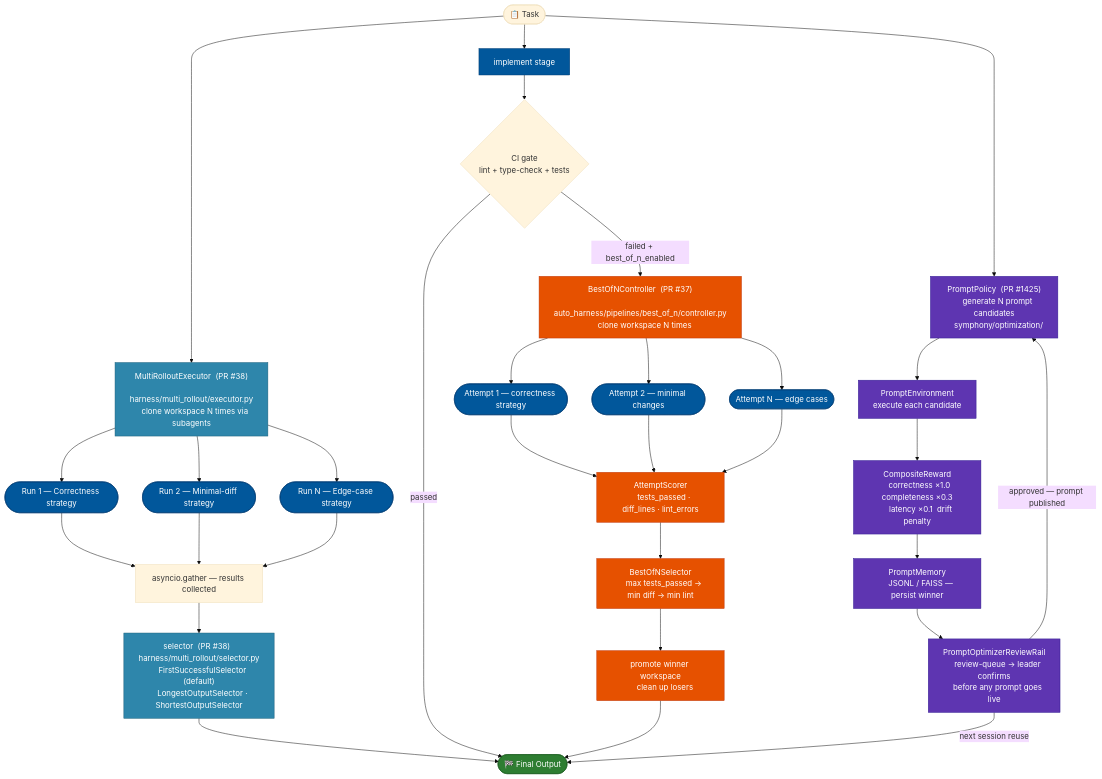
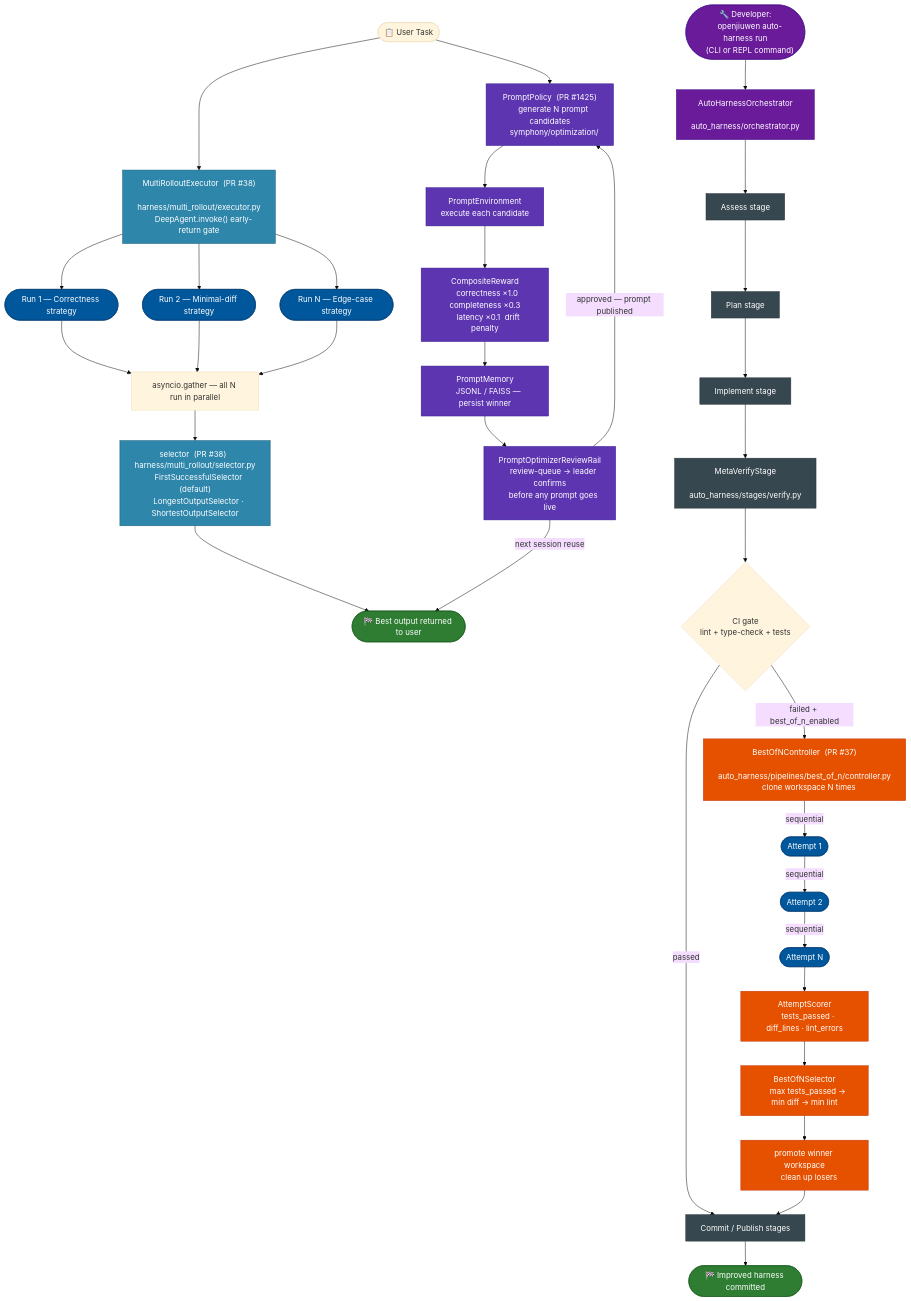
The second of 8 diagrams in docs-michael/Implementation.Overview.md (michaelatamuk/openjiuwen-jiuwenswarm), drawn with Mermaid (base theme) before and after one commit. The commit also changed other lines of this file, not shown here.

Commit message:
Working on JiuwenSwarm

````diff
--- a/docs-michael/Implementation.Overview.md
+++ b/docs-michael/Implementation.Overview.md
@@ -296,59 +296,80 @@
 ```mermaid
 flowchart TD
     classDef ac     fill:#2E86AB,color:#fff,stroke:#1a5f7a
+    classDef cli    fill:#6A1B9A,color:#fff,stroke:#4A148C
     classDef opt    fill:#5E35B1,color:#fff,stroke:#311B92
     classDef run    fill:#01579B,color:#fff,stroke:#003c74
     classDef done   fill:#2E7D32,color:#fff,stroke:#1B5E20
     classDef repair fill:#E65100,color:#fff,stroke:#BF360C
+    classDef stage  fill:#37474F,color:#fff,stroke:#263238
 
-    T(["📋 Task"])
+    %% ── #4 Multi-Rollout: triggered by a regular user task ──────────────
+    T(["📋 User Task"])
 
     T --> MR["MultiRolloutExecutor  (PR #38)
     harness/multi_rollout/executor.py
-    clone workspace N times via subagents"]:::ac
+    DeepAgent.invoke() early-return gate"]:::ac
 
     MR --> R1(["Run 1 — Correctness strategy"]):::run
     MR --> R2(["Run 2 — Minimal-diff strategy"]):::run
     MR --> RN(["Run N — Edge-case strategy"]):::run
 
-    R1 & R2 & RN --> GATHER["asyncio.gather — results collected"]
+    R1 & R2 & RN --> GATHER["asyncio.gather — all N run in parallel"]
 
     GATHER --> SEL["selector  (PR #38)  harness/multi_rollout/selector.py
     FirstSuccessfulSelector (default)
     LongestOutputSelector · ShortestOutputSelector"]:::ac
-    SEL --> OUT(["🏁 Final Output"]):::done
+    SEL --> OUT4(["🏁 Best output returned to user"]):::done
 
-    T --> IMPL["implement stage"]:::run
-    IMPL --> CI{"CI gate
+    %% ── #5 Best-of-N: triggered by developer CLI / REPL ─────────────────
+    DEV(["🔧 Developer:
+    openjiuwen auto-harness run
+    (CLI or REPL command)"]):::cli
+
+    DEV --> ORCH["AutoHarnessOrchestrator
+    auto_harness/orchestrator.py"]:::cli
+
+    ORCH --> S1["Assess stage"]:::stage
+    S1 --> S2["Plan stage"]:::stage
+    S2 --> S3["Implement stage"]:::stage
+    S3 --> VER["MetaVerifyStage
+    auto_harness/stages/verify.py"]:::stage
+
+    VER --> CI{"CI gate
     lint + type-check + tests"}
-    CI -->|passed| OUT
-    CI -->|failed + best_of_n_enabled| BON["BestOfNController  (PR #37)
+    CI -->|passed| S4["Commit / Publish stages"]:::stage
+    CI -->|"failed + best_of_n_enabled"| BON["BestOfNController  (PR #37)
     auto_harness/pipelines/best_of_n/controller.py
     clone workspace N times"]:::repair
-    BON --> A1(["Attempt 1 — correctness strategy"]):::run
-    BON --> A2(["Attempt 2 — minimal changes"]):::run
-    BON --> AN(["Attempt N — edge cases"]):::run
-    A1 & A2 & AN --> SCORE["AttemptScorer
+
+    BON -->|"sequential"| A1(["Attempt 1"]):::run
+    A1 -->|"sequential"| A2(["Attempt 2"]):::run
+    A2 -->|"sequential"| AN(["Attempt N"]):::run
+
+    AN --> SCORE["AttemptScorer
     tests_passed · diff_lines · lint_errors"]:::repair
     SCORE --> PICK["BestOfNSelector
     max tests_passed → min diff → min lint"]:::repair
     PICK --> PROMOTE["promote winner workspace
     clean up losers"]:::repair
-    PROMOTE --> OUT
+    PROMOTE --> S4
 
+    S4 --> OUT5(["🏁 Improved harness committed"]):::done
+
+    %% ── #6 RLAF-P: triggered by a regular user task ────────────────────
     T --> PP["PromptPolicy  (PR #1425)
     generate N prompt candidates
     symphony/optimization/"]:::opt
     PP --> PE["PromptEnvironment
     execute each candidate"]:::opt
     PE --> CR["CompositeReward
     correctness ×1.0  completeness ×0.3
     latency ×0.1  drift penalty"]:::opt
     CR --> PM["PromptMemory
     JSONL / FAISS — persist winner"]:::opt
     PM --> RQ["PromptOptimizerReviewRail
     review-queue → leader confirms
     before any prompt goes live"]:::opt
     RQ -->|"approved — prompt published"| PP
-    RQ -->|"next session reuse"| OUT
+    RQ -->|"next session reuse"| OUT4
 ```
````
